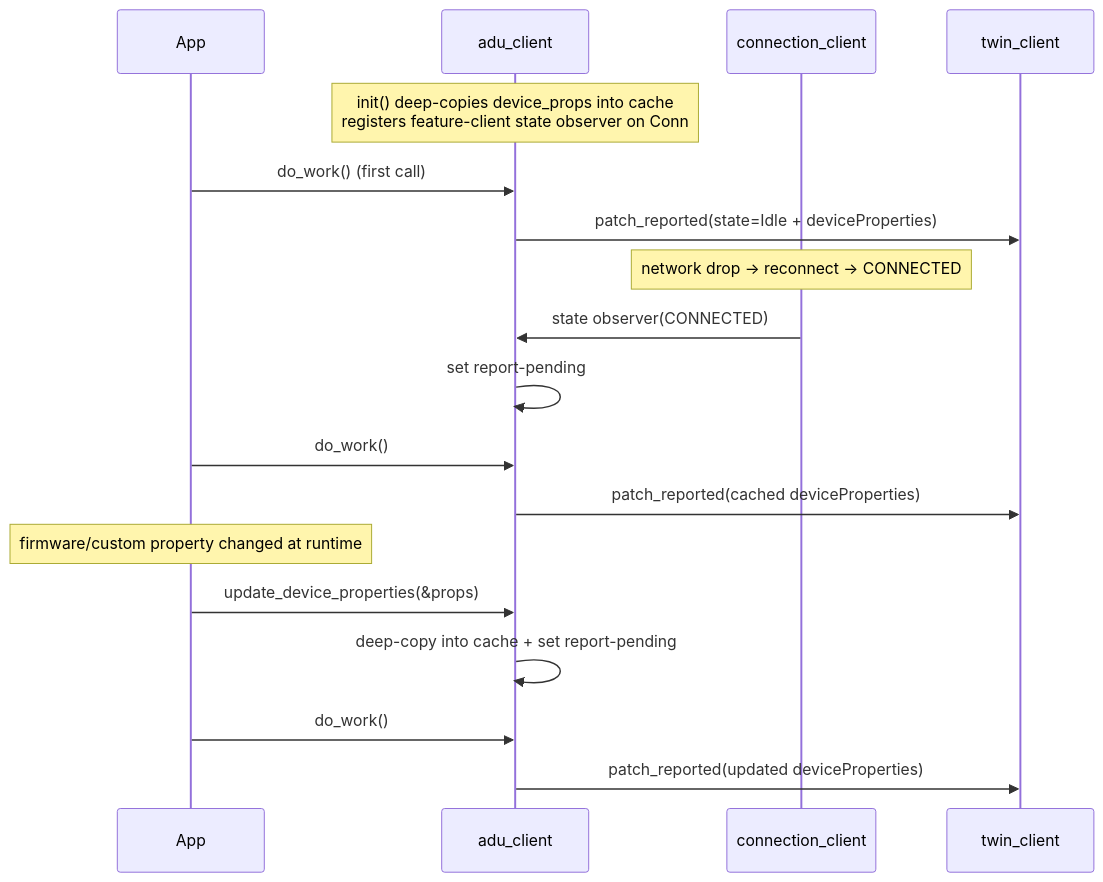
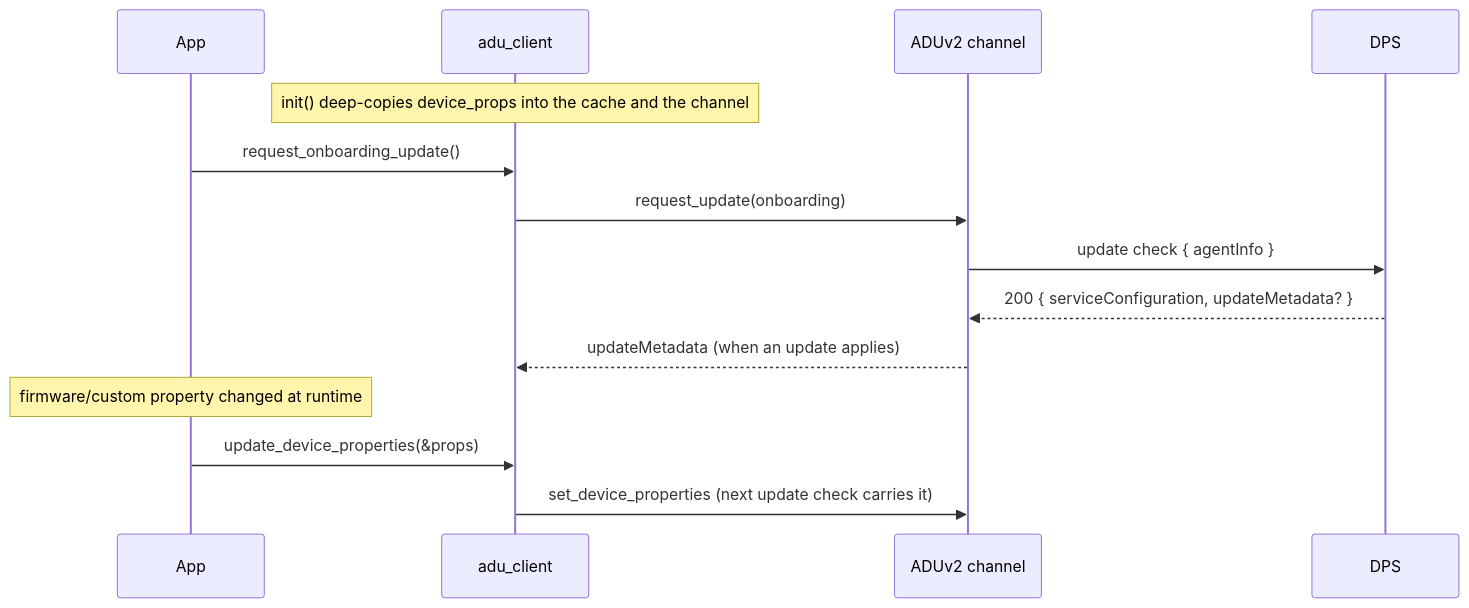
The third of 7 diagrams in c/docs/eng/adu-client-design.md (Azure/azure-iot-sdk), drawn with Mermaid before and after one commit. The commit also changed other lines of this file and 10 other files, not shown here.

````diff
--- a/c/docs/eng/adu-client-design.md
+++ b/c/docs/eng/adu-client-design.md
@@ -1121,23 +937,18 @@
 ```mermaid
 sequenceDiagram
     participant App
     participant ADU as adu_client
-    participant Conn as connection_client
-    participant Twin as twin_client
+    participant Ch as ADUv2 channel
+    participant DPS
 
-    Note over ADU: init() deep-copies device_props into cache<br/>registers feature-client state observer on Conn
-    App->>ADU: do_work() (first call)
-    ADU->>Twin: patch_reported(state=Idle + deviceProperties)
-
-    Note over Conn: network drop → reconnect → CONNECTED
-    Conn->>ADU: state observer(CONNECTED)
-    ADU->>ADU: set report-pending
-    App->>ADU: do_work()
-    ADU->>Twin: patch_reported(cached deviceProperties)
+    Note over ADU: init() deep-copies device_props into the cache and the channel
+    App->>ADU: request_onboarding_update()
+    ADU->>Ch: request_update(onboarding)
+    Ch->>DPS: update check { agentInfo }
+    DPS-->>Ch: 200 { serviceConfiguration, updateMetadata? }
+    Ch-->>ADU: updateMetadata (when an update applies)
 
     Note over App: firmware/custom property changed at runtime
     App->>ADU: update_device_properties(&props)
-    ADU->>ADU: deep-copy into cache + set report-pending
-    App->>ADU: do_work()
-    ADU->>Twin: patch_reported(updated deviceProperties)
+    ADU->>Ch: set_device_properties (next update check carries it)
 ```
````
